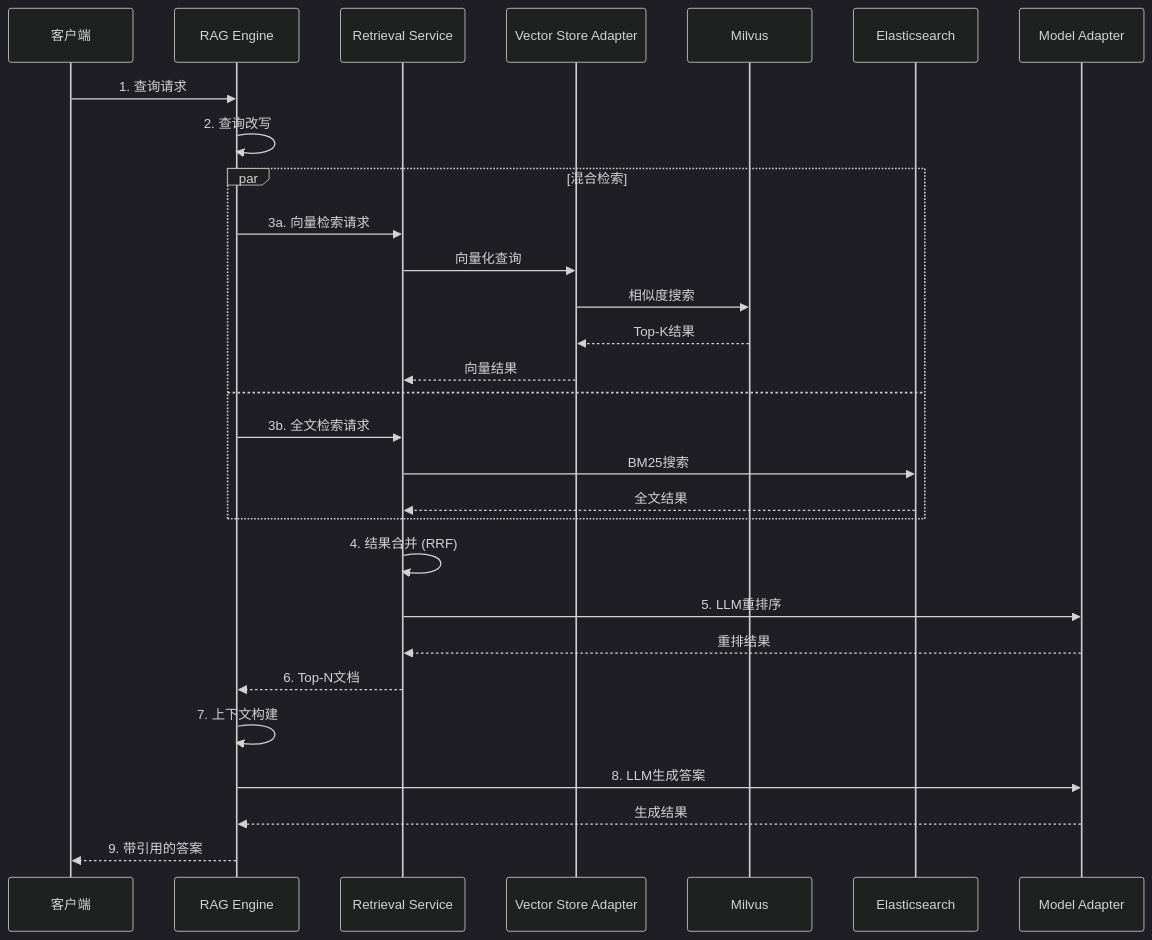
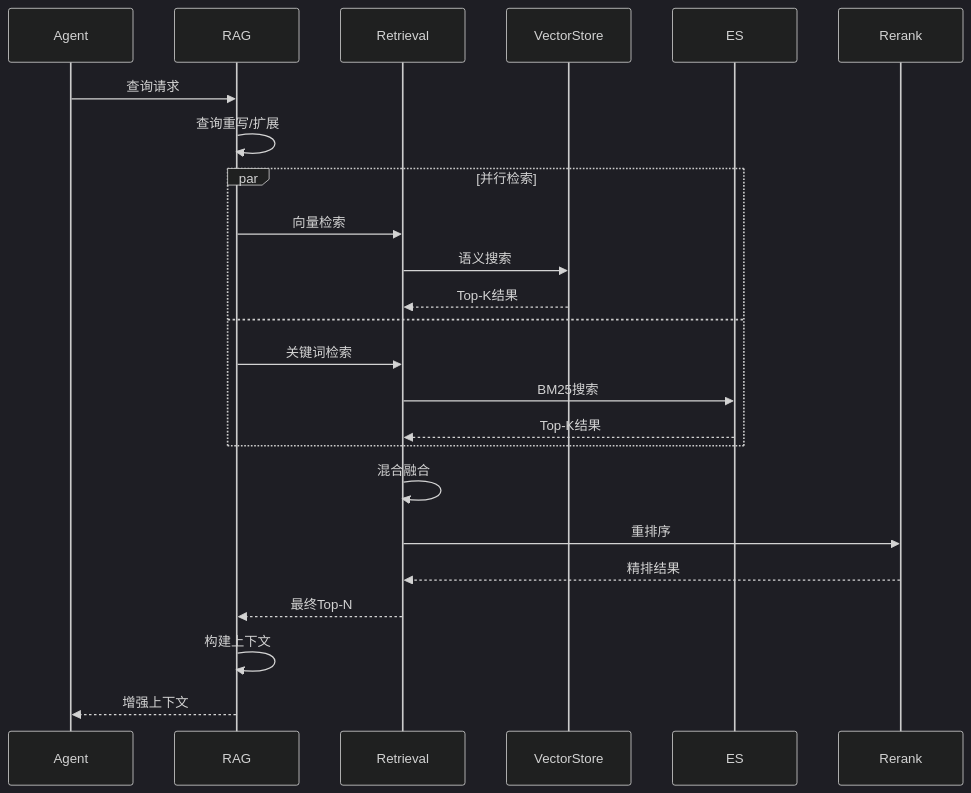
One commit to haoyunlt/VoiceAssistant changed the third of 4 diagrams in docs/arch/overview.md. Above: the diagram before and after it, drawn with Mermaid (dark theme). The commit also changed other lines of this file and 309 other files, not shown here.

````diff
--- a/docs/arch/overview.md
+++ b/docs/arch/overview.md
@@ -114,37 +163,30 @@
 ```mermaid
 sequenceDiagram
-    participant C as 客户端
-    participant RAG as RAG Engine
-    participant Retrieval as Retrieval Service
-    participant Vector as Vector Store Adapter
-    participant Milvus as Milvus
-    participant Elastic as Elasticsearch
-    participant Model as Model Adapter
+    participant Agent
+    participant RAG
+    participant Retrieval
+    participant VectorStore
+    participant ES
+    participant Rerank
 
-    C->>RAG: 1. 查询请求
+    Agent->>RAG: 查询请求
+    RAG->>RAG: 查询重写/扩展
 
-    RAG->>RAG: 2. 查询改写
-
-    par 混合检索
-        RAG->>Retrieval: 3a. 向量检索请求
-        Retrieval->>Vector: 向量化查询
-        Vector->>Milvus: 相似度搜索
-        Milvus-->>Vector: Top-K结果
-        Vector-->>Retrieval: 向量结果
+    par 并行检索
+        RAG->>Retrieval: 向量检索
+        Retrieval->>VectorStore: 语义搜索
+        VectorStore-->>Retrieval: Top-K结果
     and
-        RAG->>Retrieval: 3b. 全文检索请求
-        Retrieval->>Elastic: BM25搜索
-        Elastic-->>Retrieval: 全文结果
+        RAG->>Retrieval: 关键词检索
+        Retrieval->>ES: BM25搜索
+        ES-->>Retrieval: Top-K结果
     end
 
-    Retrieval->>Retrieval: 4. 结果合并 (RRF)
-    Retrieval->>Model: 5. LLM重排序
-    Model-->>Retrieval: 重排结果
-    Retrieval-->>RAG: 6. Top-N文档
+    Retrieval->>Retrieval: 混合融合
+    Retrieval->>Rerank: 重排序
+    Rerank-->>Retrieval: 精排结果
 
-    RAG->>RAG: 7. 上下文构建
-    RAG->>Model: 8. LLM生成答案
-    Model-->>RAG: 生成结果
-
-    RAG-->>C: 9. 带引用的答案
+    Retrieval-->>RAG: 最终Top-N
+    RAG->>RAG: 构建上下文
+    RAG-->>Agent: 增强上下文
 ```
````
